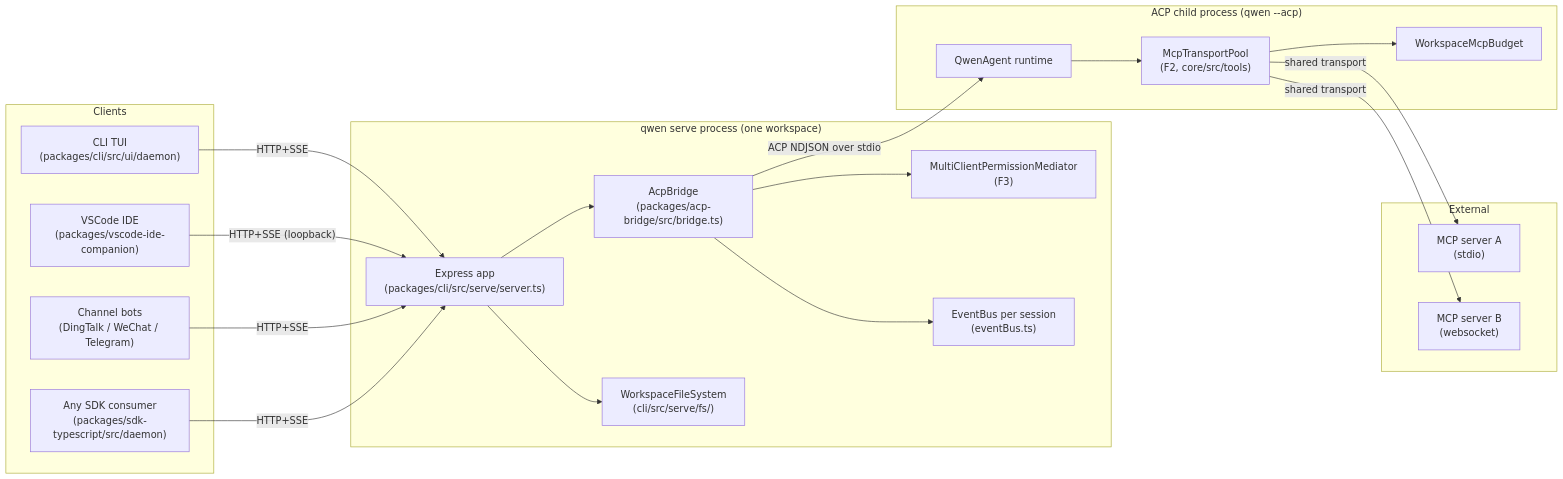
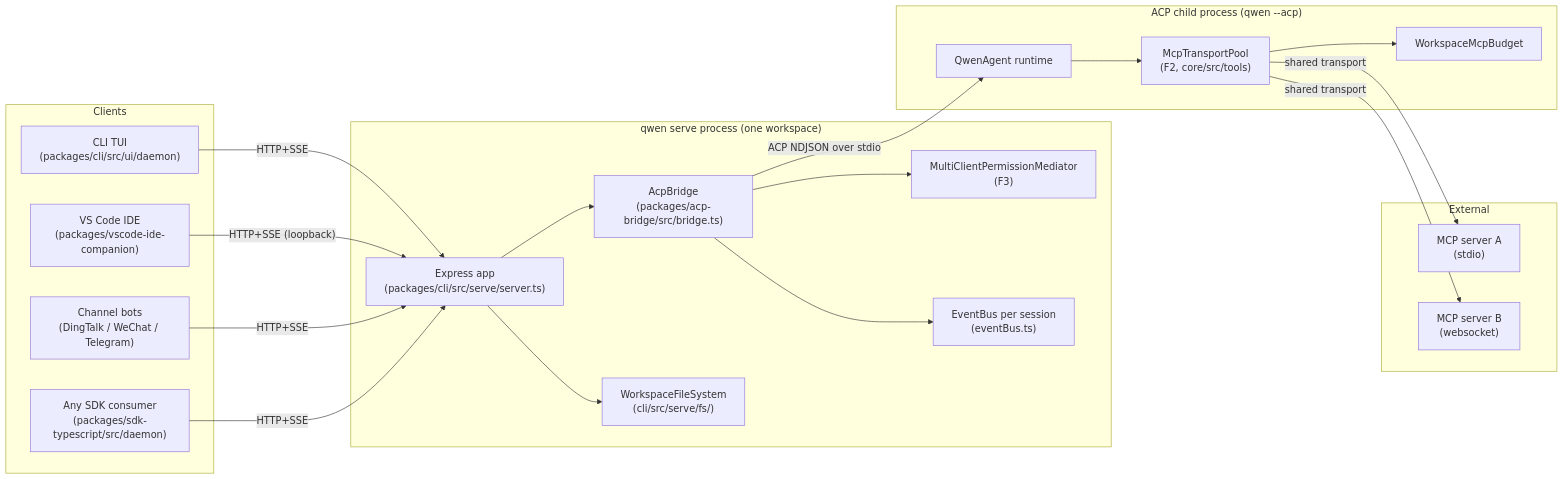
One commit to QwenLM/qwen-code changed the first of 7 diagrams in docs/developers/daemon/01-architecture.md. Above: the diagram before and after it, drawn with Mermaid. The commit also changed other lines of this file and 22 other files, not shown here.

````diff
--- a/docs/developers/daemon/01-architecture.md
+++ b/docs/developers/daemon/01-architecture.md
@@ -13,44 +13,44 @@
 ```mermaid
 flowchart LR
     subgraph clients["Clients"]
         TUI["CLI TUI<br/>(packages/cli/src/ui/daemon)"]
-        IDE["VSCode IDE<br/>(packages/vscode-ide-companion)"]
+        IDE["VS Code IDE<br/>(packages/vscode-ide-companion)"]
         CH["Channel bots<br/>(DingTalk / WeChat / Telegram)"]
         SDK["Any SDK consumer<br/>(packages/sdk-typescript/src/daemon)"]
     end
 
     subgraph daemon["qwen serve process (one workspace)"]
         EXP["Express app<br/>(packages/cli/src/serve/server.ts)"]
         BR["AcpBridge<br/>(packages/acp-bridge/src/bridge.ts)"]
         MED["MultiClientPermissionMediator<br/>(F3)"]
         EB["EventBus per session<br/>(eventBus.ts)"]
         FS["WorkspaceFileSystem<br/>(cli/src/serve/fs/)"]
     end
 
     subgraph child["ACP child process (qwen --acp)"]
         AGT["QwenAgent runtime"]
         POOL["McpTransportPool<br/>(F2, core/src/tools)"]
         BDG["WorkspaceMcpBudget"]
     end
 
     subgraph external["External"]
         MCP1["MCP server A<br/>(stdio)"]
         MCP2["MCP server B<br/>(websocket)"]
     end
 
     TUI -- "HTTP+SSE" --> EXP
     IDE -- "HTTP+SSE (loopback)" --> EXP
     CH -- "HTTP+SSE" --> EXP
     SDK -- "HTTP+SSE" --> EXP
 
     EXP --> BR
     BR --> MED
     BR --> EB
     EXP --> FS
 
     BR -- "ACP NDJSON over stdio" --> AGT
     AGT --> POOL
     POOL --> BDG
     POOL -- "shared transport" --> MCP1
     POOL -- "shared transport" --> MCP2
 ```
````
